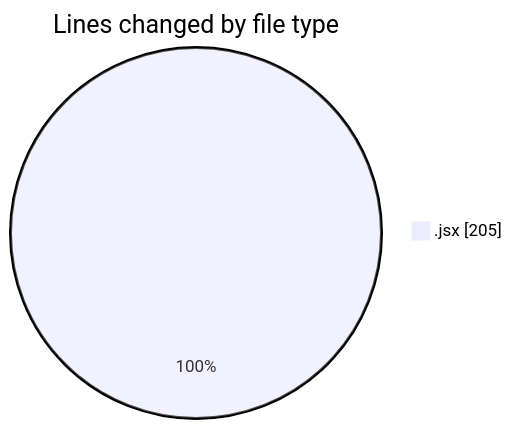
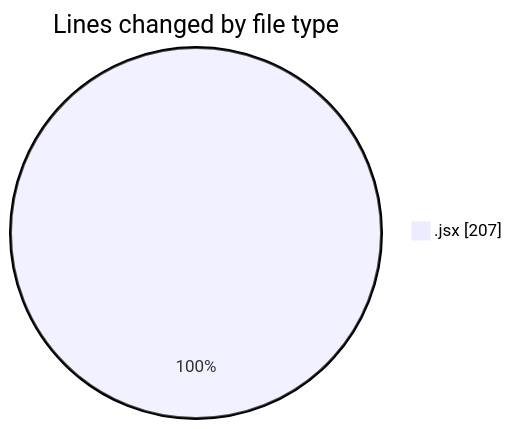
One commit to momahboobian/code-tracking changed the first of 2 diagrams in 2026-02-10/cda/README.md. Above: the diagram before and after it, drawn with Mermaid. The commit also changed other lines of this file and 1 other file, not shown here.

````diff
--- a/2026-02-10/cda/README.md
+++ b/2026-02-10/cda/README.md
@@ -21,5 +21,5 @@
 ```mermaid
 pie showData
 title Lines changed by file type
-".jsx" : 205
+".jsx" : 207
 ```
````
